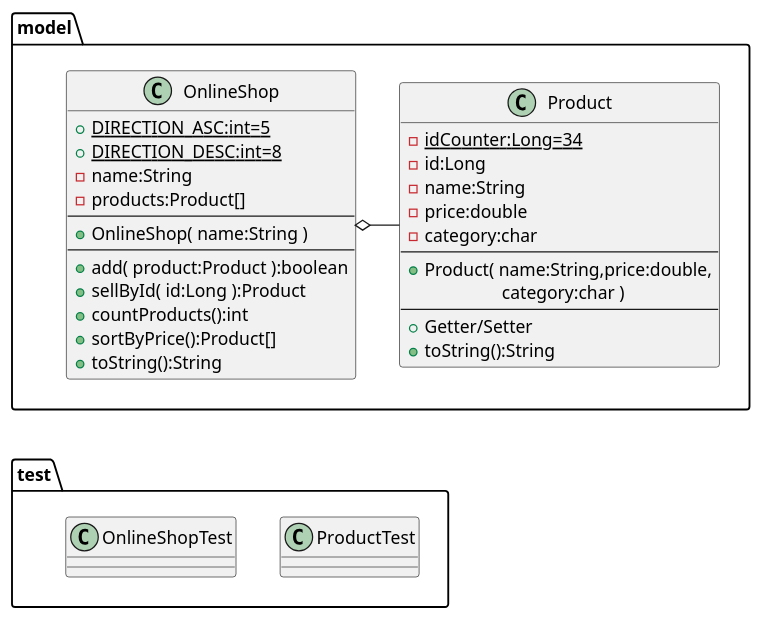
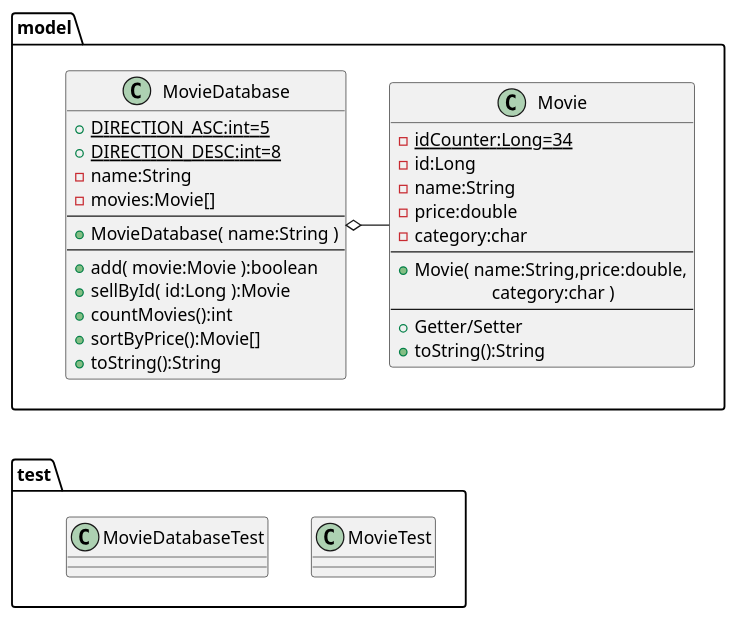
Before and after one commit to georgernstgraf/POS_4CIF: the first of 2 diagrams in ENDE_Semester_PLF_GRG_2023-06/doc/s4-plf-001_movie-db.adoc, drawn with PlantUML. The commit also changed other lines of this file and 8 other files, not shown here.

```diff
--- a/ENDE_Semester_PLF_GRG_2023-06/doc/s4-plf-001_movie-db.adoc
+++ b/ENDE_Semester_PLF_GRG_2023-06/doc/s4-plf-001_movie-db.adoc
@@ -38,42 +38,42 @@
 [plantuml,format="svg",align=center]
 ----
 package model {
-    class OnlineShop {
+    class MovieDatabase {
         + {static} DIRECTION_ASC:int=5
         + {static} DIRECTION_DESC:int=8
         - name:String
-        - products:Product[]
+        - movies:Movie[]
         ---
-        + OnlineShop( name:String )
+        + MovieDatabase( name:String )
         ---
-        + add( product:Product ):boolean
-        + sellById( id:Long ):Product
-        + countProducts():int
-        + sortByPrice():Product[]
+        + add( movie:Movie ):boolean
+        + sellById( id:Long ):Movie
+        + countMovies():int
+        + sortByPrice():Movie[]
         + toString():String
     }
 
-    class Product {
+    class Movie {
         - {static} idCounter:Long=34
         - id:Long
         - name:String
         - price:double
         - category:char
         ---
-        + Product( name:String,price:double,
+        + Movie( name:String,price:double,
                     \t\t category:char )
         ---
         + Getter/Setter
         + toString():String
     }
 }
 
 package test {
-    class ProductTest{}
-    class OnlineShopTest{}
+    class MovieTest{}
+    class MovieDatabaseTest{}
 }
 
-OnlineShop o-right- Product
-' OnlineShop o-[hidden]- test
+MovieDatabase o-right- Movie
+' MovieDatabase o-[hidden]- test
 model <-[hidden]- test
 ----
```
